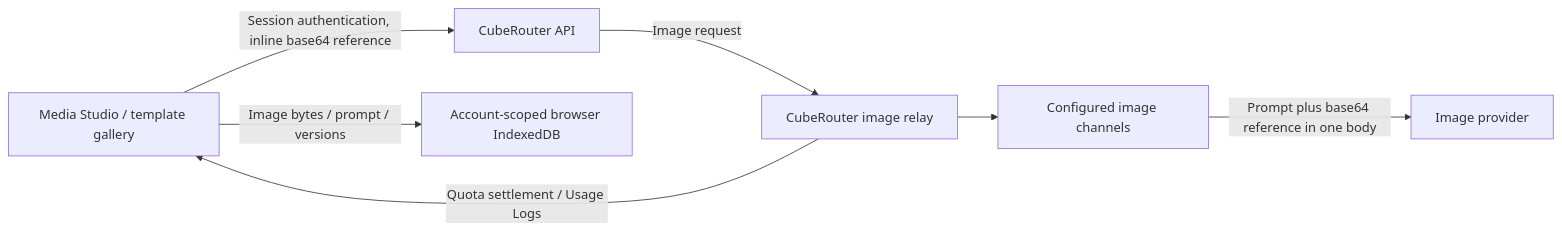
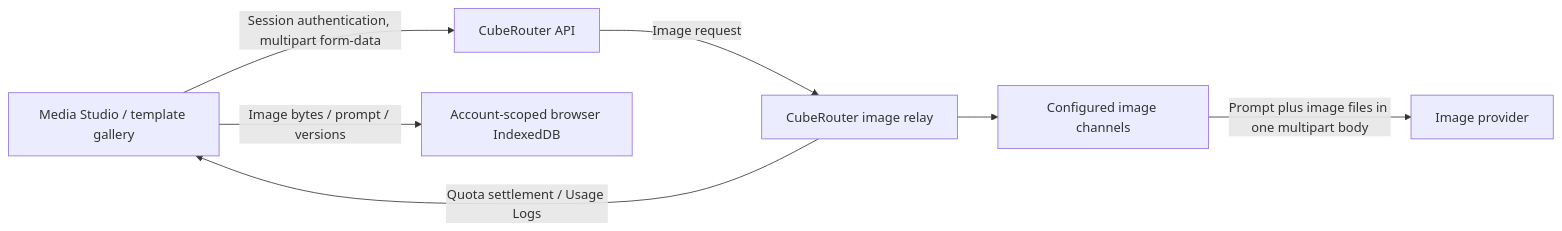
One commit to suanova/cuberouter changed the diagram in docs/media-studio-integration.md. Above: the diagram before and after it, drawn with Mermaid. The commit also changed other lines of this file and 22 other files, not shown here.

First line of the commit message:
refactor(media-studio): edits go out as multipart, remove type 63

````diff
--- a/docs/media-studio-integration.md
+++ b/docs/media-studio-integration.md
@@ -7,9 +7,9 @@
 ```mermaid
 flowchart LR
-    Browser[Media Studio / template gallery] -->|Session authentication, inline base64 reference| API[CubeRouter API]
+    Browser[Media Studio / template gallery] -->|Session authentication, multipart form-data| API[CubeRouter API]
     API -->|Image request| Relay[CubeRouter image relay]
     Relay --> Channels[Configured image channels]
-    Channels -->|Prompt plus base64 reference in one body| Provider[Image provider]
+    Channels -->|Prompt plus image files in one multipart body| Provider[Image provider]
     Relay -->|Quota settlement / Usage Logs| Browser
     Browser -->|Image bytes / prompt / versions| Local[Account-scoped browser IndexedDB]
 ```
````
